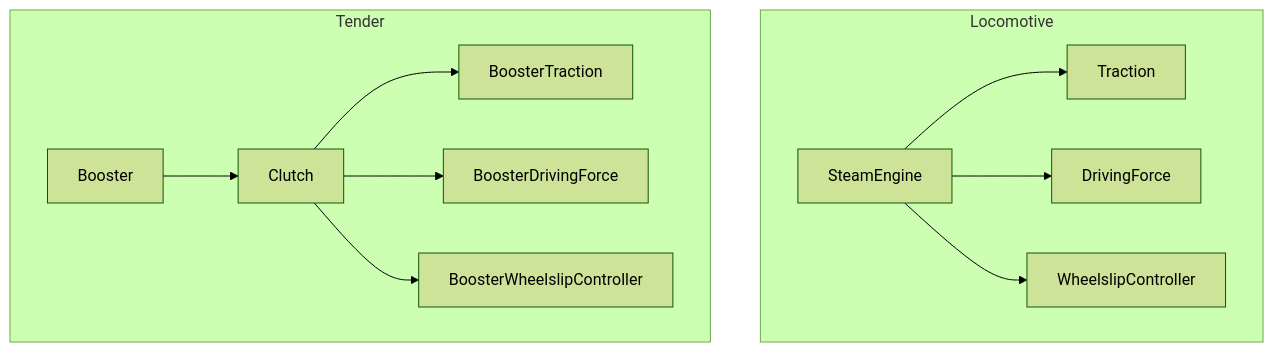
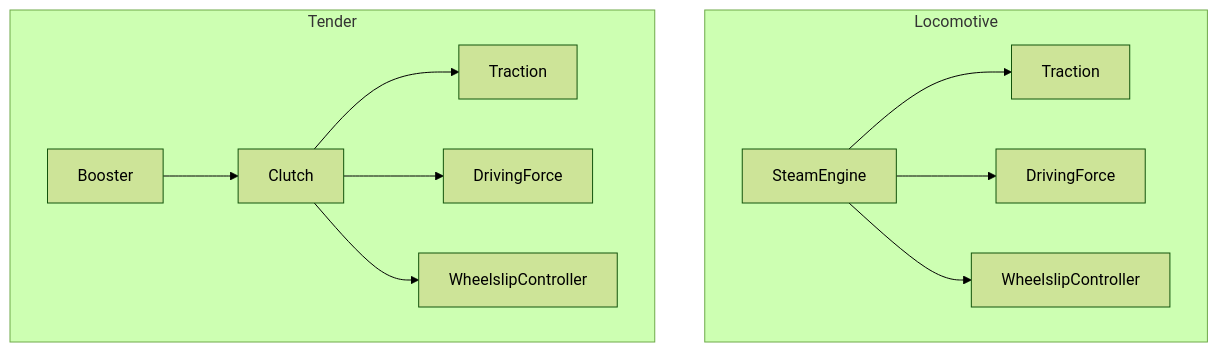
Before and after one commit to pjschinske/dv-rearranged-S282: the third of 3 diagrams in RearrangedS282/Sim/Booster/README.md, drawn with Mermaid (forest theme). The commit also changed other lines of this file, not shown here.

Commit message:
Update booster's readme to be a bit more accurate

````diff
--- a/RearrangedS282/Sim/Booster/README.md
+++ b/RearrangedS282/Sim/Booster/README.md
@@ -42,14 +40,17 @@
 ```mermaid
 graph TD;
+BoosterTraction[Traction]
+BoosterDrivingForce[DrivingForce]
+BoosterWheelslipController[WheelslipController]
     subgraph Locomotive
         SteamEngine-->Traction
         SteamEngine-->DrivingForce
         SteamEngine-->WheelslipController
     end
     subgraph Tender
         Booster-->Clutch
         Clutch-->BoosterTraction
         Clutch-->BoosterDrivingForce
         Clutch-->BoosterWheelslipController
     end
 ```
````
